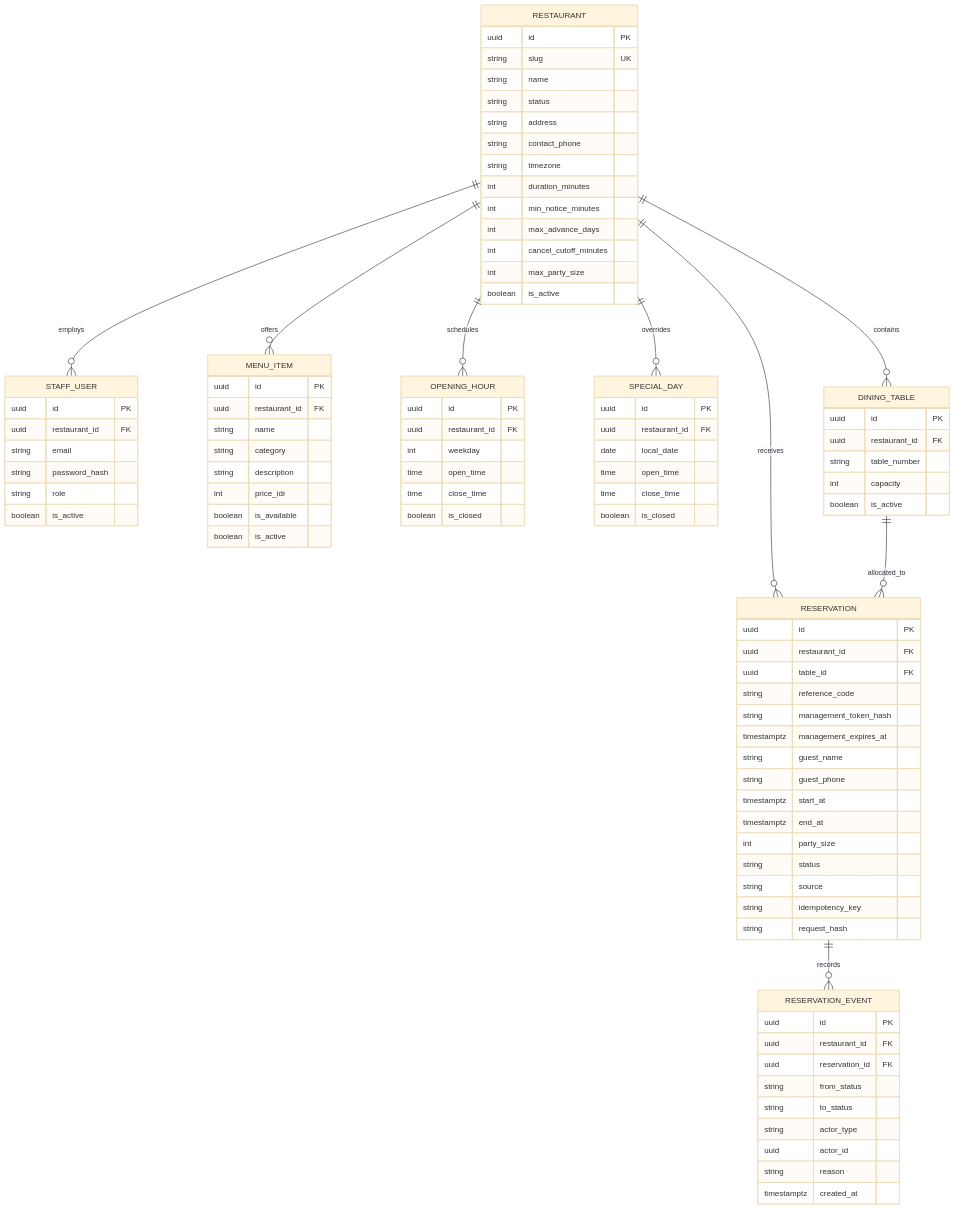
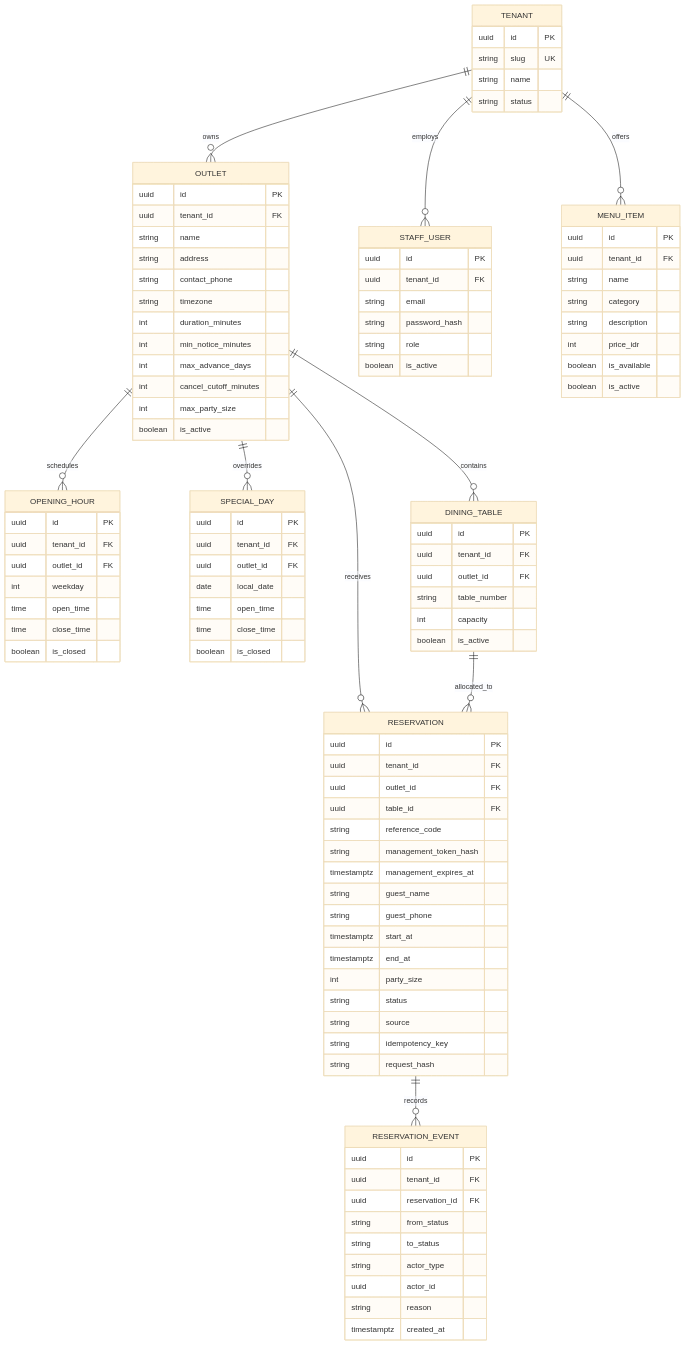
One commit to wisnufadhillah/Restaurant-Mulit-Tenant changed the fourth of 10 diagrams in PRD — Restaurant Assistant MVP.md. Above: the diagram before and after it, drawn with Mermaid (base theme). The commit also changed other lines of this file and 1 other file, not shown here.

````diff
--- a/PRD — Restaurant Assistant MVP.md
+++ b/PRD — Restaurant Assistant MVP.md
@@ -255,19 +255,25 @@
 ```mermaid
 erDiagram
-    RESTAURANT ||--o{ STAFF_USER : employs
-    RESTAURANT ||--o{ MENU_ITEM : offers
-    RESTAURANT ||--o{ OPENING_HOUR : schedules
-    RESTAURANT ||--o{ SPECIAL_DAY : overrides
-    RESTAURANT ||--o{ DINING_TABLE : contains
-    RESTAURANT ||--o{ RESERVATION : receives
+    TENANT ||--o{ OUTLET : owns
+    TENANT ||--o{ STAFF_USER : employs
+    TENANT ||--o{ MENU_ITEM : offers
+    OUTLET ||--o{ OPENING_HOUR : schedules
+    OUTLET ||--o{ SPECIAL_DAY : overrides
+    OUTLET ||--o{ DINING_TABLE : contains
+    OUTLET ||--o{ RESERVATION : receives
     DINING_TABLE ||--o{ RESERVATION : allocated_to
     RESERVATION ||--o{ RESERVATION_EVENT : records
 
-    RESTAURANT {
+    TENANT {
         uuid id PK
         string slug UK
         string name
         string status
+    }
+    OUTLET {
+        uuid id PK
+        uuid tenant_id FK
+        string name
         string address
         string contact_phone
         string timezone
@@ -280,7 +286,7 @@
     }
     STAFF_USER {
         uuid id PK
-        uuid restaurant_id FK
+        uuid tenant_id FK
         string email
         string password_hash
         string role
@@ -288,7 +294,7 @@
     }
     MENU_ITEM {
         uuid id PK
-        uuid restaurant_id FK
+        uuid tenant_id FK
         string name
         string category
         string description
@@ -298,7 +304,8 @@
     }
     OPENING_HOUR {
         uuid id PK
-        uuid restaurant_id FK
+        uuid tenant_id FK
+        uuid outlet_id FK
         int weekday
         time open_time
         time close_time
@@ -306,7 +313,8 @@
     }
     SPECIAL_DAY {
         uuid id PK
-        uuid restaurant_id FK
+        uuid tenant_id FK
+        uuid outlet_id FK
         date local_date
         time open_time
         time close_time
@@ -314,14 +322,16 @@
     }
     DINING_TABLE {
         uuid id PK
-        uuid restaurant_id FK
+        uuid tenant_id FK
+        uuid outlet_id FK
         string table_number
         int capacity
         boolean is_active
     }
     RESERVATION {
         uuid id PK
-        uuid restaurant_id FK
+        uuid tenant_id FK
+        uuid outlet_id FK
         uuid table_id FK
         string reference_code
         string management_token_hash
@@ -338,7 +348,7 @@
     }
     RESERVATION_EVENT {
         uuid id PK
-        uuid restaurant_id FK
+        uuid tenant_id FK
         uuid reservation_id FK
         string from_status
         string to_status
````
